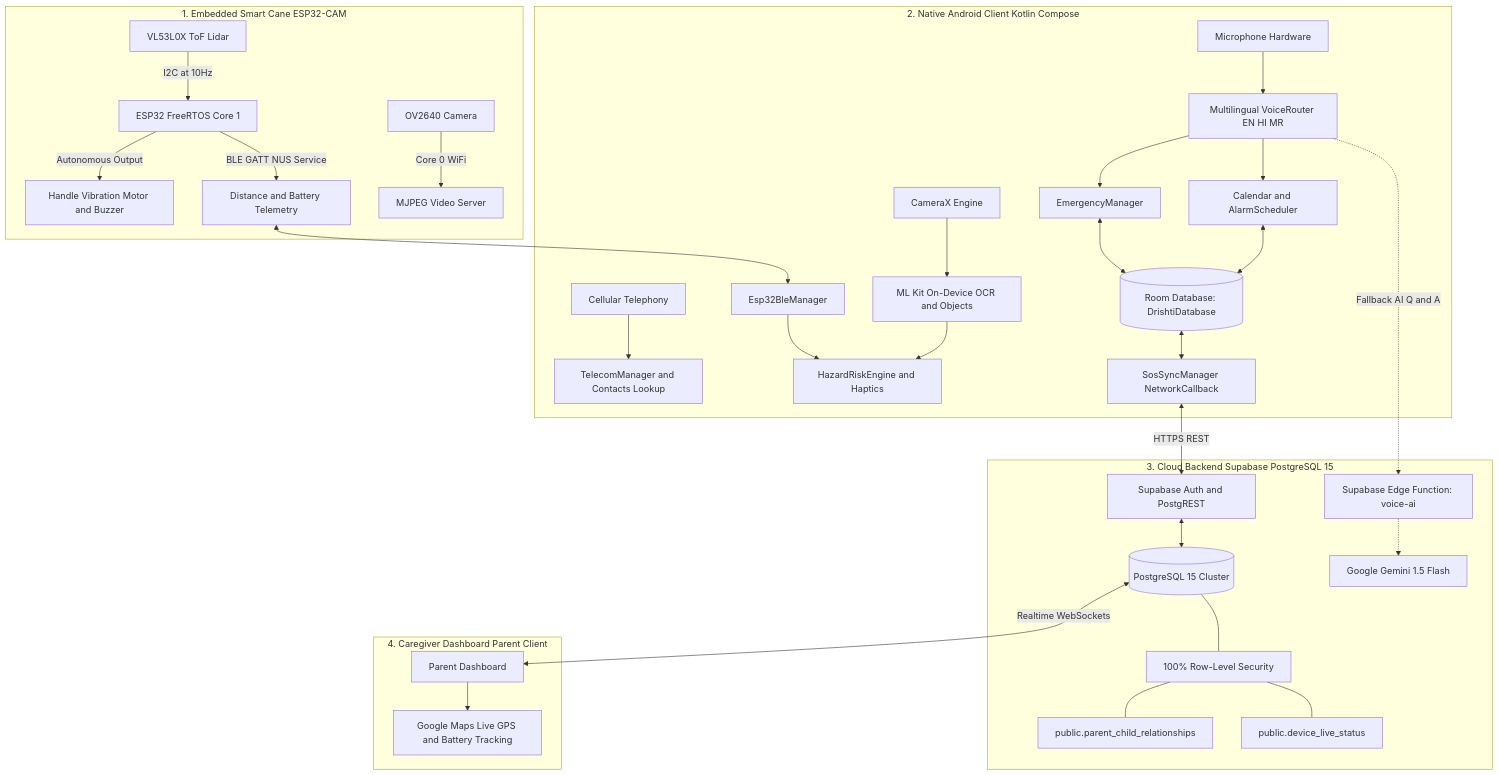
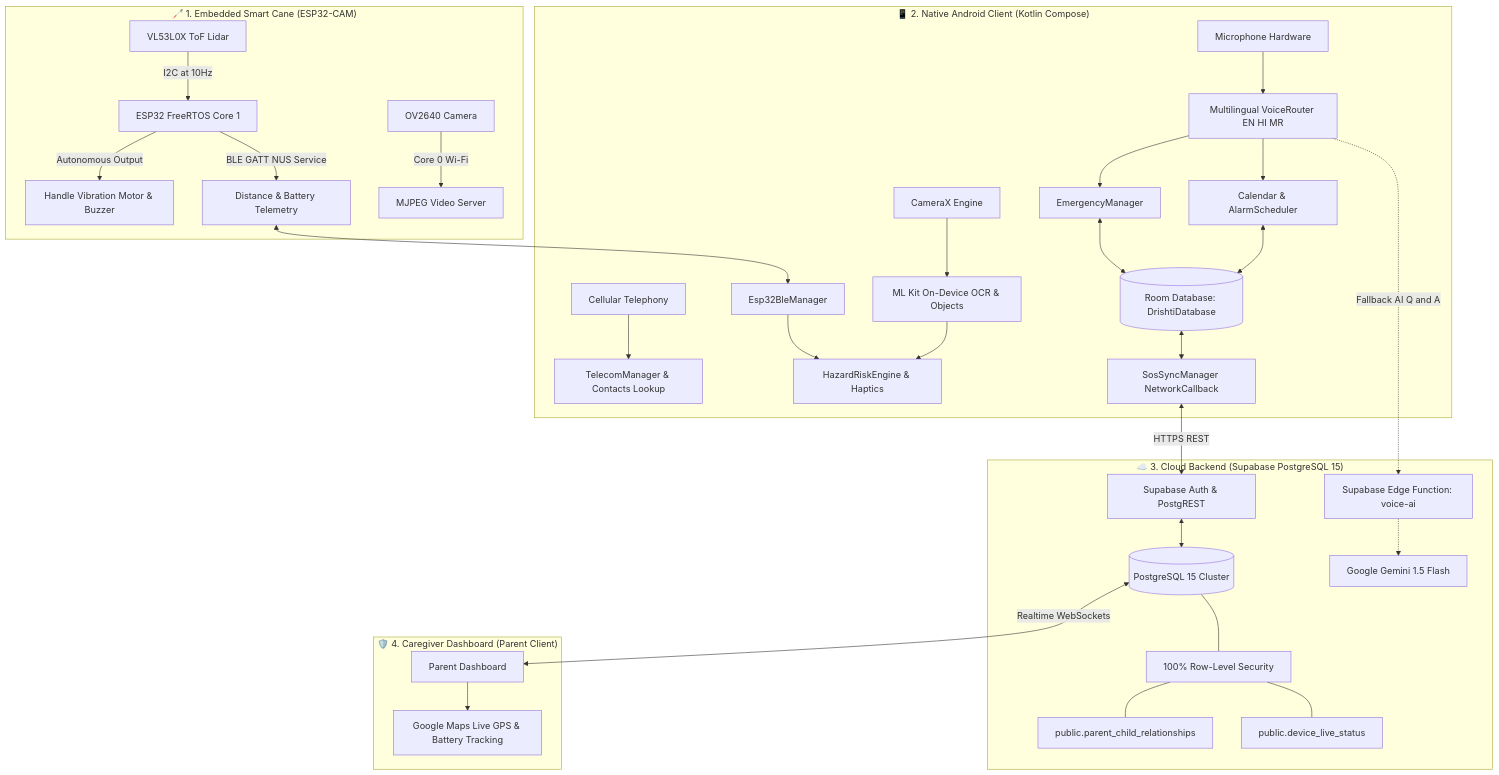
The diagram in README.md (chetanngavali/DrishtiAi), drawn with Mermaid before and after one commit. The commit also changed other lines of this file, not shown here.

Commit message:
docs: modernize System Architecture with tier cards and guarantees table

````diff
--- a/README.md
+++ b/README.md
@@ -127,42 +127,42 @@
 ```mermaid
 flowchart TB
-    subgraph Tier1 ["1. Embedded Smart Cane ESP32-CAM"]
+    subgraph Tier1 ["🦯 1. Embedded Smart Cane (ESP32-CAM)"]
         Sensor["VL53L0X ToF Lidar"] -->|"I2C at 10Hz"| MCU["ESP32 FreeRTOS Core 1"]
-        MCU -->|"Autonomous Output"| Haptic["Handle Vibration Motor and Buzzer"]
-        MCU -->|"BLE GATT NUS Service"| BLEStream["Distance and Battery Telemetry"]
-        Cam["OV2640 Camera"] -->|"Core 0 WiFi"| HTTPStream["MJPEG Video Server"]
+        MCU -->|"Autonomous Output"| Haptic["Handle Vibration Motor & Buzzer"]
+        MCU -->|"BLE GATT NUS Service"| BLEStream["Distance & Battery Telemetry"]
+        Cam["OV2640 Camera"] -->|"Core 0 Wi-Fi"| HTTPStream["MJPEG Video Server"]
     end
 
-    subgraph Tier2 ["2. Native Android Client Kotlin Compose"]
+    subgraph Tier2 ["📱 2. Native Android Client (Kotlin Compose)"]
         BLEStream <--> BleMgr["Esp32BleManager"]
-        CamX["CameraX Engine"] --> OCR["ML Kit On-Device OCR and Objects"]
+        CamX["CameraX Engine"] --> OCR["ML Kit On-Device OCR & Objects"]
         Mic["Microphone Hardware"] --> VoiceRouter["Multilingual VoiceRouter EN HI MR"]
-        Radio["Cellular Telephony"] --> CallMgr["TelecomManager and Contacts Lookup"]
+        Radio["Cellular Telephony"] --> CallMgr["TelecomManager & Contacts Lookup"]
         
-        OCR --> RiskEngine["HazardRiskEngine and Haptics"]
+        OCR --> RiskEngine["HazardRiskEngine & Haptics"]
         BleMgr --> RiskEngine
         
-        VoiceRouter --> CalMgr["Calendar and AlarmScheduler"]
+        VoiceRouter --> CalMgr["Calendar & AlarmScheduler"]
         VoiceRouter --> SOSMgr["EmergencyManager"]
         
         CalMgr <--> RoomDB[("Room Database: DrishtiDatabase")]
         SOSMgr <--> RoomDB
         RoomDB <--> SyncMgr["SosSyncManager NetworkCallback"]
     end
 
-    subgraph Tier3 ["3. Cloud Backend Supabase PostgreSQL 15"]
-        SyncMgr <-->|"HTTPS REST"| SupaAuth["Supabase Auth and PostgREST"]
+    subgraph Tier3 ["☁️ 3. Cloud Backend (Supabase PostgreSQL 15)"]
+        SyncMgr <-->|"HTTPS REST"| SupaAuth["Supabase Auth & PostgREST"]
         SupaAuth <--> PG[("PostgreSQL 15 Cluster")]
         PG --- RLS["100% Row-Level Security"]
         RLS --- Pairing["public.parent_child_relationships"]
         RLS --- LiveTelemetry["public.device_live_status"]
         
         VoiceRouter -.->|"Fallback AI Q and A"| EdgeFunc["Supabase Edge Function: voice-ai"]
         EdgeFunc -.-> Gemini["Google Gemini 1.5 Flash"]
     end
 
-    subgraph Tier4 ["4. Caregiver Dashboard Parent Client"]
+    subgraph Tier4 ["🛡️ 4. Caregiver Dashboard (Parent Client)"]
         PG <-->|"Realtime WebSockets"| ParentLive["Parent Dashboard"]
-        ParentLive --> LiveMap["Google Maps Live GPS and Battery Tracking"]
+        ParentLive --> LiveMap["Google Maps Live GPS & Battery Tracking"]
     end
 ```
````
